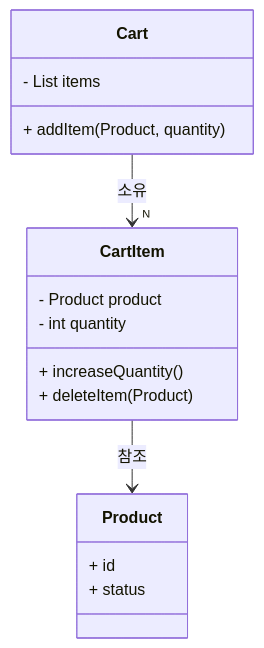
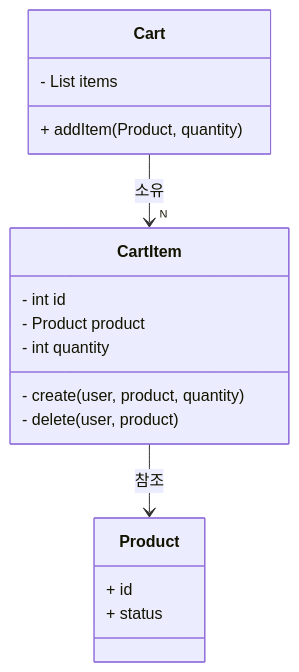
One commit to simbokyung98/loopers-ecommerce-system changed the diagram in docs/design/03-class-diagrams-detail/Cart.md. Above: the diagram before and after it, drawn with Mermaid. The commit also changed 4 other files, not shown here.

Commit message:
fix : 클래스 다이어그램 도메인 역할 수정

````diff
--- a/docs/design/03-class-diagrams-detail/Cart.md
+++ b/docs/design/03-class-diagrams-detail/Cart.md
@@ -1,22 +1,23 @@
 ```mermaid 
-classDiagram
-  class Cart{
-  - List<CartItem> items
+    classDiagram
+    class Cart{
+    - List<CartItem> items
     + addItem(Product, quantity)
-  
-  }
-  class CartItem{
-  - Product product
-    - int quantity
-  
-            + increaseQuantity()
-            + deleteItem(Product)
-      }
-      class Product {
-        + id
-        + status
-          }
-  
-      Cart --> "N" CartItem : 소유
-      CartItem --> Product : 참조
+    
+    }
+    class CartItem{
+        - int id
+        - Product product
+        - int quantity
+        - create(user, product, quantity)
+        - delete(user, product)
+    
+    }
+    class Product {
+    + id
+    + status
+    }
+    
+    Cart --> "N" CartItem : 소유
+    CartItem --> Product : 참조
 ```
````
